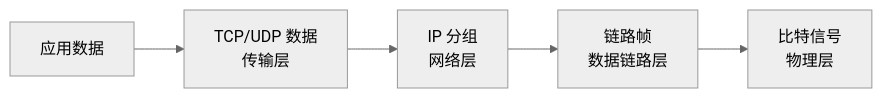
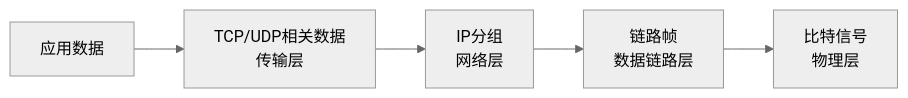
One commit to 74262195/system-architect-notes changed the diagram in 01_综合知识/01_计算机系统基础知识/03_计算机网络/03_网络体系结构与互联设备/网络协议与OSI七层.md. Above: the diagram before and after it, drawn with Mermaid (neutral theme). The commit also changed other lines of this file, not shown here.

````diff
--- a/01_综合知识/01_计算机系统基础知识/03_计算机网络/03_网络体系结构与互联设备/网络协议与OSI七层.md
+++ b/01_综合知识/01_计算机系统基础知识/03_计算机网络/03_网络体系结构与互联设备/网络协议与OSI七层.md
@@ -45,7 +77,7 @@
 ```mermaid
 flowchart LR
-  A[应用数据] --> B[TCP/UDP 数据<br/>传输层]
-  B --> C[IP 分组<br/>网络层]
+  A[应用数据] --> B[TCP/UDP相关数据<br/>传输层]
+  B --> C[IP分组<br/>网络层]
   C --> D[链路帧<br/>数据链路层]
   D --> E[比特信号<br/>物理层]
 ```
````
